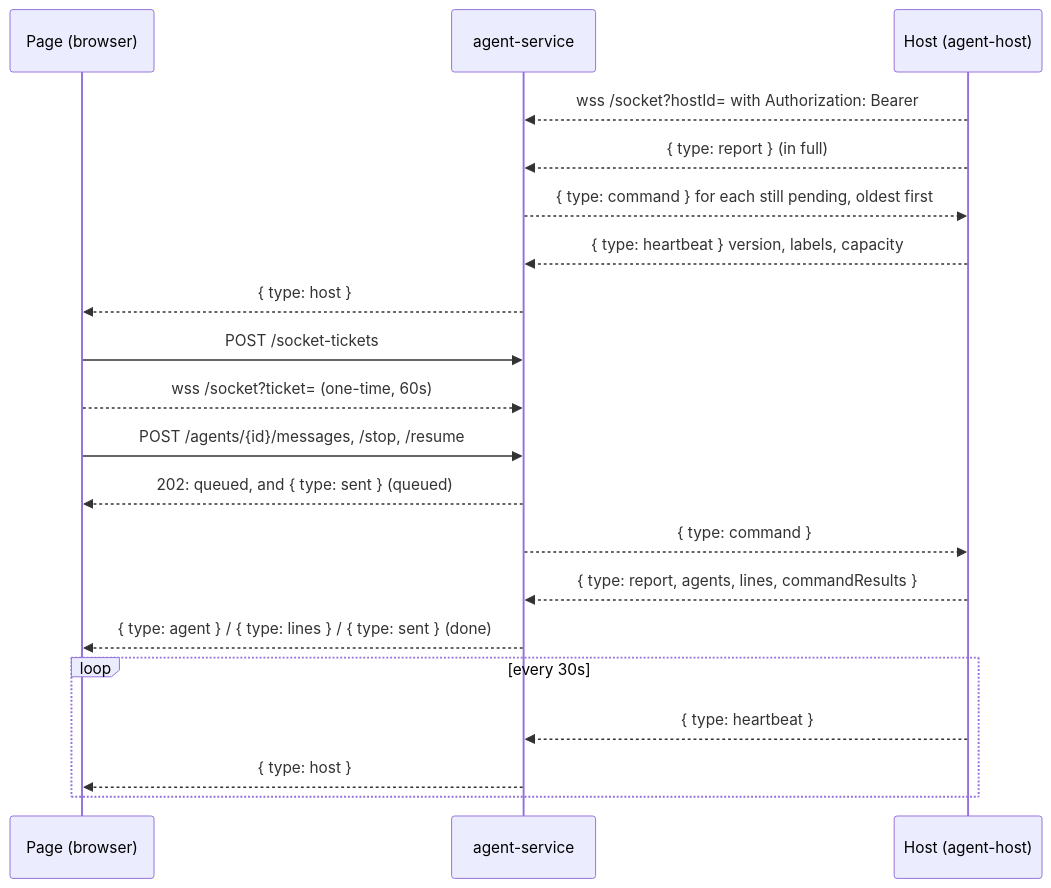
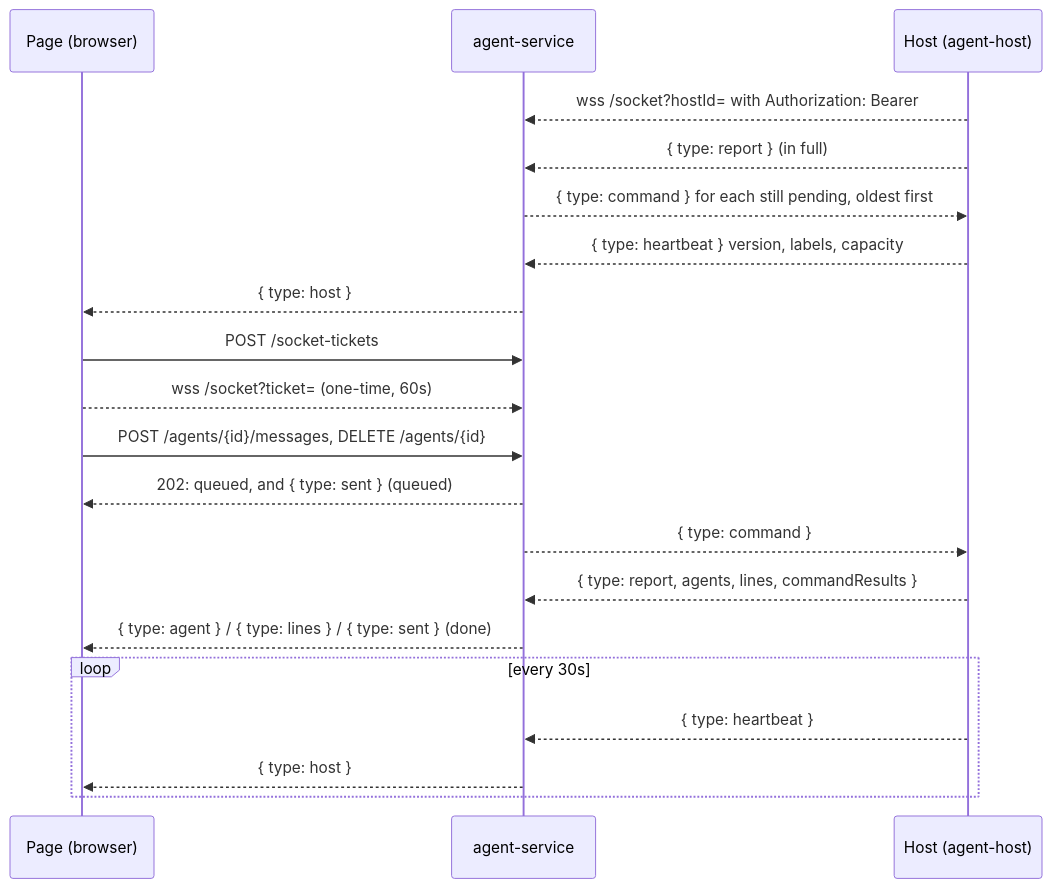
One commit to dakotacolorado/agency changed the diagram in README.md. Above: the diagram before and after it, drawn with Mermaid. The commit also changed other lines of this file and 16 other files, not shown here.

First line of the commit message:
agent-service has no stop or resume: an agent is running or it is not

````diff
--- a/README.md
+++ b/README.md
@@ -92,26 +92,26 @@
 ```mermaid
 sequenceDiagram
     participant P as Page (browser)
     participant S as agent-service
     participant H as Host (agent-host)
 
     H-->>S: wss /socket?hostId= with Authorization: Bearer
     H-->>S: { type: report } (in full)
     S-->>H: { type: command } for each still pending, oldest first
     H-->>S: { type: heartbeat } version, labels, capacity
     S-->>P: { type: host }
 
     P->>S: POST /socket-tickets
     P-->>S: wss /socket?ticket= (one-time, 60s)
 
-    P->>S: POST /agents/{id}/messages, /stop, /resume
+    P->>S: POST /agents/{id}/messages, DELETE /agents/{id}
     S-->>P: 202: queued, and { type: sent } (queued)
     S-->>H: { type: command }
     H-->>S: { type: report, agents, lines, commandResults }
     S-->>P: { type: agent } / { type: lines } / { type: sent } (done)
 
     loop every 30s
         H-->>S: { type: heartbeat }
         S-->>P: { type: host }
     end
 ```
````
